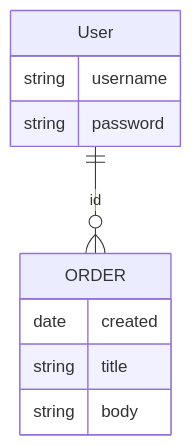
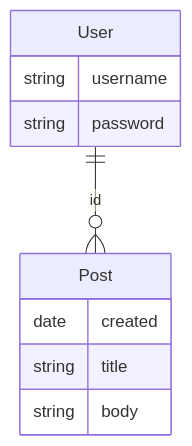
One commit to juacito-byte/BlogFlaskTutorial changed the diagram in doc/modeldedades.md. Above: the diagram before and after it, drawn with Mermaid.

````diff
--- a/doc/modeldedades.md
+++ b/doc/modeldedades.md
@@ -5,13 +5,13 @@
 ```mermaid
 erDiagram
-    User ||--o{ ORDER : id
+    User ||--o{ Post : id
     User {
         string username
         string password
     }
-    ORDER {
+    Post {
         date created
         string title
         string body
     }
 ```
````
